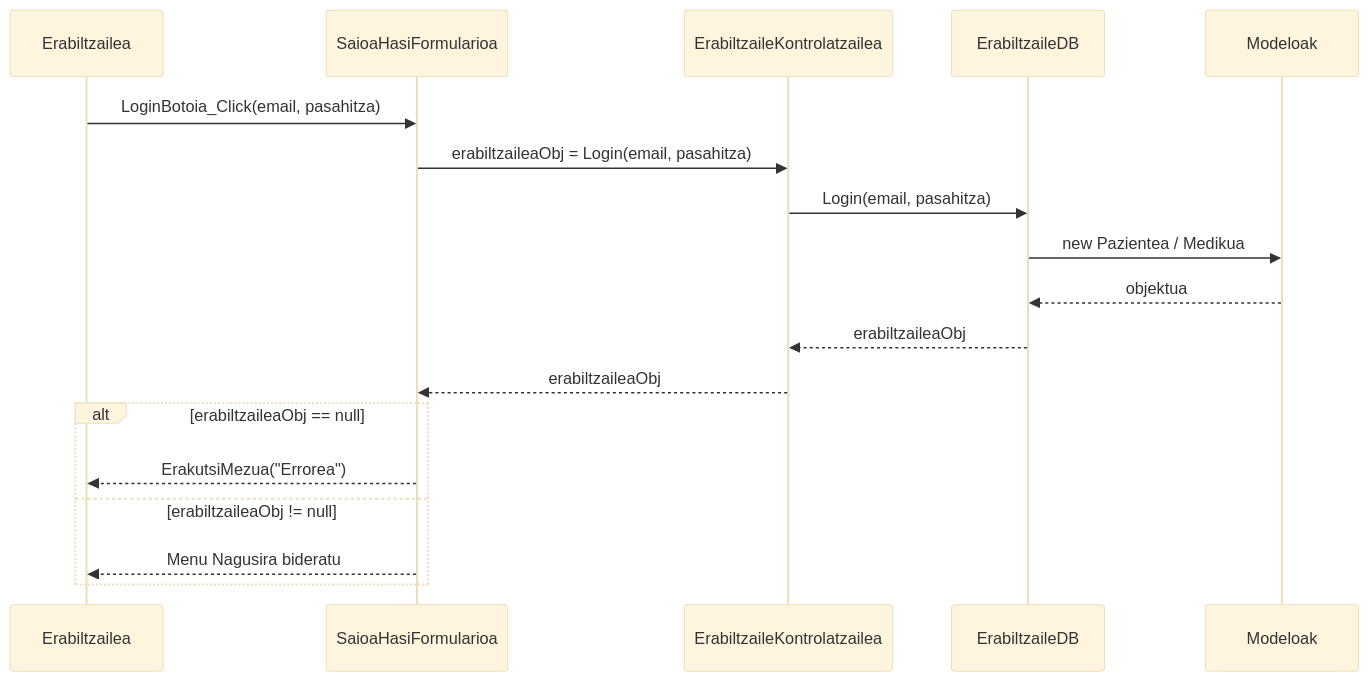
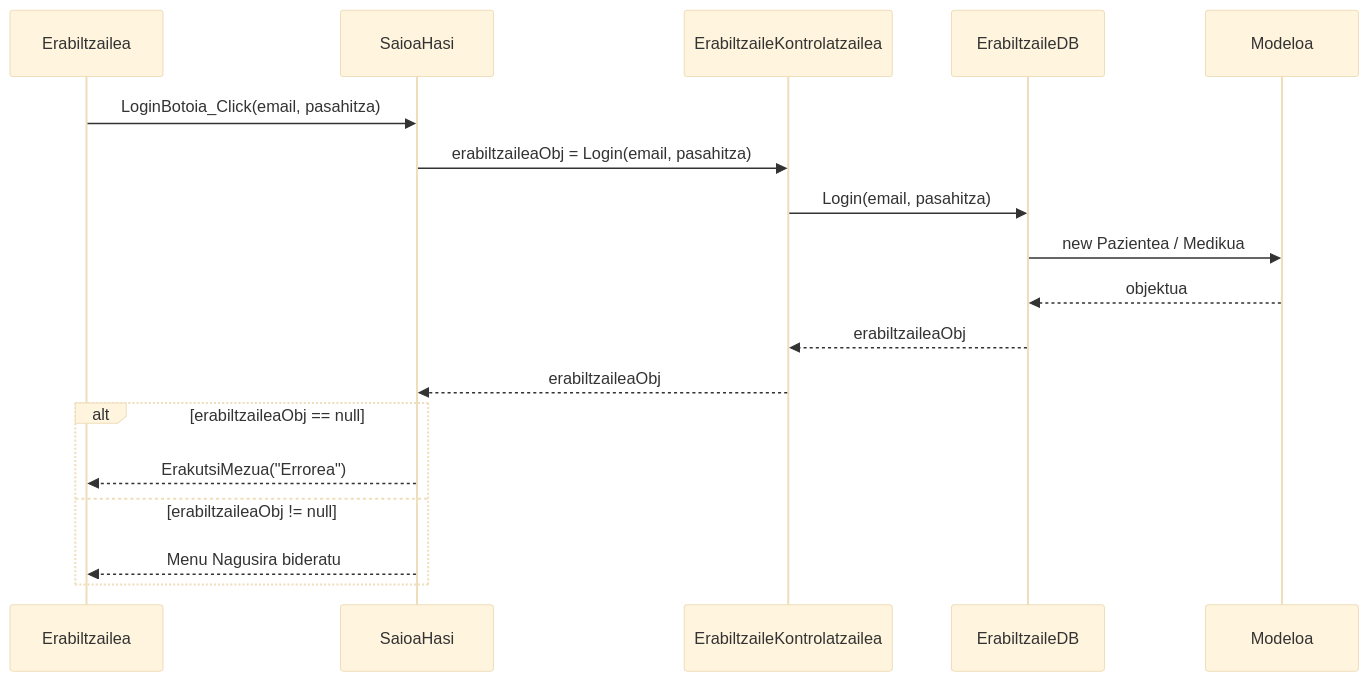
One commit to AnderUrienGoierri/GOsasun_app changed the diagram in sekuentzia_diagramak/1_saioa_hasi.md. Above: the diagram before and after it, drawn with Mermaid (base theme). The commit also changed other lines of this file and 21 other files, not shown here.

Commit message:
Interfaze berriak (ErabiltzaileaSortu) eta Sekuentzia Diagramak eguneratu diren 3 geruzako arkitekturara

````diff
--- a/sekuentzia_diagramak/1_saioa_hasi.md
+++ b/sekuentzia_diagramak/1_saioa_hasi.md
@@ -30,22 +31,22 @@
 ```mermaid
 sequenceDiagram
     participant e as Erabiltzailea
-    participant I as SaioaHasiFormularioa
+    participant I as SaioaHasi
     participant K as ErabiltzaileKontrolatzailea
     participant DB as ErabiltzaileDB
-    participant KL as Modeloak
+    participant KL as Modeloa
 
     e->>I: LoginBotoia_Click(email, pasahitza)
     I->>K: erabiltzaileaObj = Login(email, pasahitza)
     K->>DB: Login(email, pasahitza)
     DB->>KL: new Pazientea / Medikua
     KL-->>DB: objektua
     DB-->>K: erabiltzaileaObj
     K-->>I: erabiltzaileaObj
     
     alt erabiltzaileaObj == null
         I-->>e: ErakutsiMezua("Errorea")
     else erabiltzaileaObj != null
         I-->>e: Menu Nagusira bideratu
     end
 ```
````
